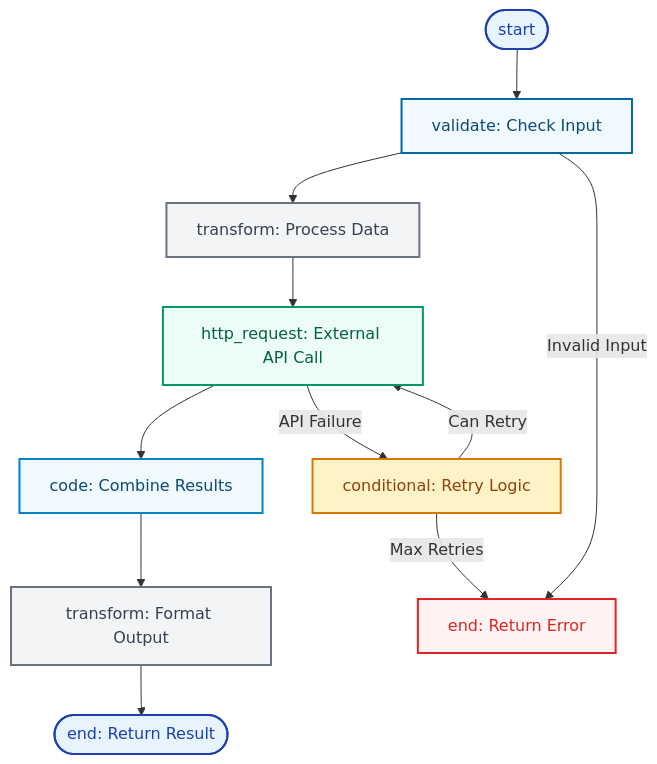
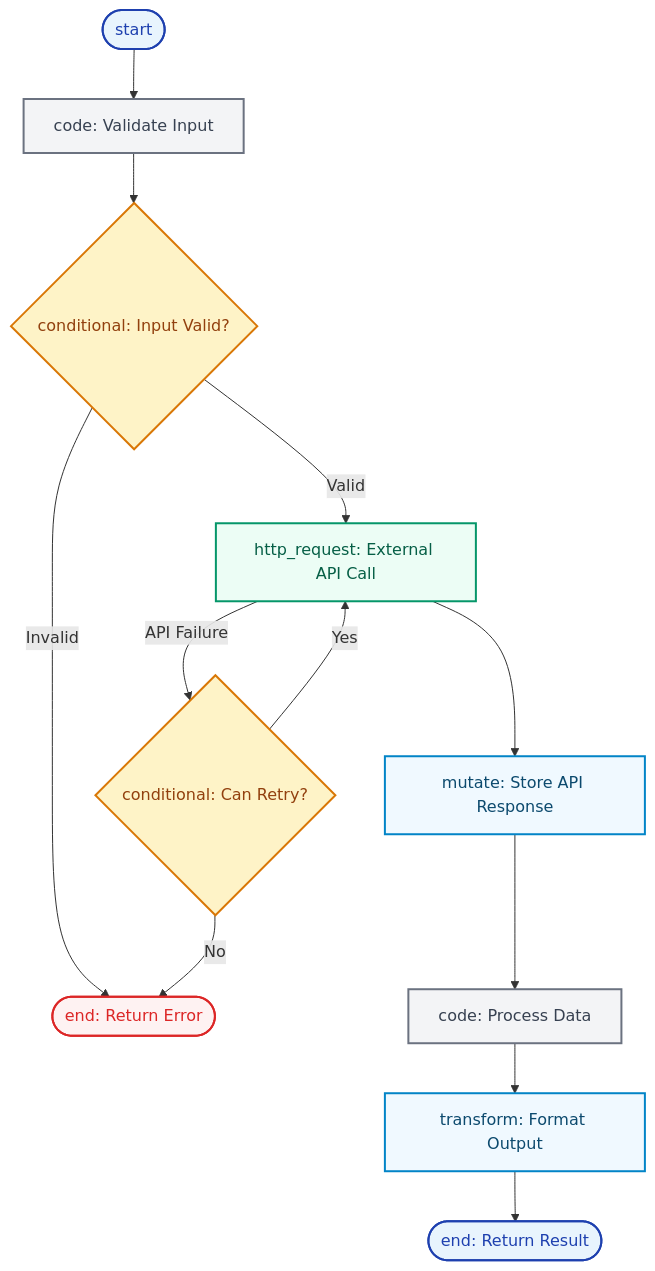
One commit to theingenuityco/starships.ai changed the diagram in packages/docs/content/docs/core-concepts/tools.mdx. Above: the diagram before and after it, drawn with Mermaid. The commit also changed other lines of this file and 8 other files, not shown here.

````diff
--- a/packages/docs/content/docs/core-concepts/tools.mdx
+++ b/packages/docs/content/docs/core-concepts/tools.mdx
@@ -209,24 +110,27 @@
 ```mermaid
 graph TD
-    START([start]) --> VALIDATE[validate: Check Input]
-    VALIDATE --> PROCESS[transform: Process Data]
-    PROCESS --> API[http_request: External API Call]
-    API --> COMBINE[code: Combine Results]
-    COMBINE --> FORMAT[transform: Format Output]
-    FORMAT --> END([end: Return Result])
-    
-    VALIDATE -->|Invalid Input| ERROR[end: Return Error]
-    API -->|API Failure| RETRY[conditional: Retry Logic]
-    RETRY -->|Max Retries| ERROR
-    RETRY -->|Can Retry| API
-    
+    START([start]) --> VALIDATE[code: Validate Input]
+    VALIDATE --> CHECK{conditional: Input Valid?}
+    CHECK -->|Valid| API[http_request: External API Call]
+    CHECK -->|Invalid| ERROR([end: Return Error])
+
+    API --> MUTATE[mutate: Store API Response]
+    MUTATE --> PROCESS[code: Process Data]
+    PROCESS --> TRANSFORM[transform: Format Output]
+    TRANSFORM --> END([end: Return Result])
+
+    API -->|API Failure| RETRY{conditional: Can Retry?}
+    RETRY -->|Yes| API
+    RETRY -->|No| ERROR
+
     style START fill:#e8f4fd,stroke:#1e40af,stroke-width:2px,color:#1e40af
     style END fill:#e8f4fd,stroke:#1e40af,stroke-width:2px,color:#1e40af
     style ERROR fill:#fef2f2,stroke:#dc2626,stroke-width:2px,color:#dc2626
-    style VALIDATE fill:#f0f9ff,stroke:#0369a1,stroke-width:2px,color:#0c4a6e
+    style VALIDATE fill:#f3f4f6,stroke:#6b7280,stroke-width:2px,color:#374151
+    style CHECK fill:#fef3c7,stroke:#d97706,stroke-width:2px,color:#92400e
+    style API fill:#ecfdf5,stroke:#059669,stroke-width:2px,color:#065f46
+    style MUTATE fill:#f0f9ff,stroke:#0284c7,stroke-width:2px,color:#0c4a6e
     style PROCESS fill:#f3f4f6,stroke:#6b7280,stroke-width:2px,color:#374151
-    style API fill:#ecfdf5,stroke:#059669,stroke-width:2px,color:#065f46
-    style COMBINE fill:#f0f9ff,stroke:#0284c7,stroke-width:2px,color:#0c4a6e
-    style FORMAT fill:#f3f4f6,stroke:#6b7280,stroke-width:2px,color:#374151
+    style TRANSFORM fill:#f0f9ff,stroke:#0284c7,stroke-width:2px,color:#0c4a6e
     style RETRY fill:#fef3c7,stroke:#d97706,stroke-width:2px,color:#92400e
 ```
````
